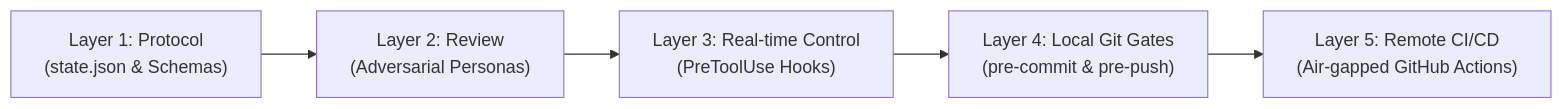
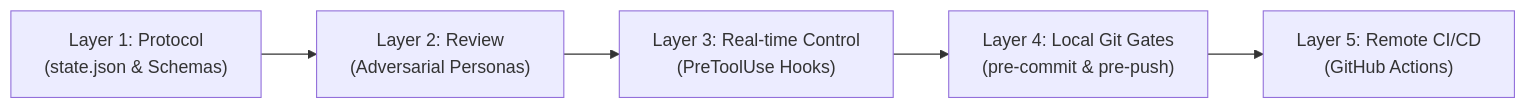
Before and after one commit to tsuyama1990/cheeze_gyudon: the second of 2 diagrams in README.md, drawn with Mermaid. The commit also changed other lines of this file and 3 other files, not shown here.

````diff
--- a/README.md
+++ b/README.md
@@ -86,7 +96,7 @@
 ```mermaid
 flowchart LR
     L1["Layer 1: Protocol<br/>(state.json & Schemas)"] --> L2["Layer 2: Review<br/>(Adversarial Personas)"]
     L2 --> L3["Layer 3: Real-time Control<br/>(PreToolUse Hooks)"]
     L3 --> L4["Layer 4: Local Git Gates<br/>(pre-commit & pre-push)"]
-    L4 --> L5["Layer 5: Remote CI/CD<br/>(Air-gapped GitHub Actions)"]
+    L4 --> L5["Layer 5: Remote CI/CD<br/>(GitHub Actions)"]
 ```
````
